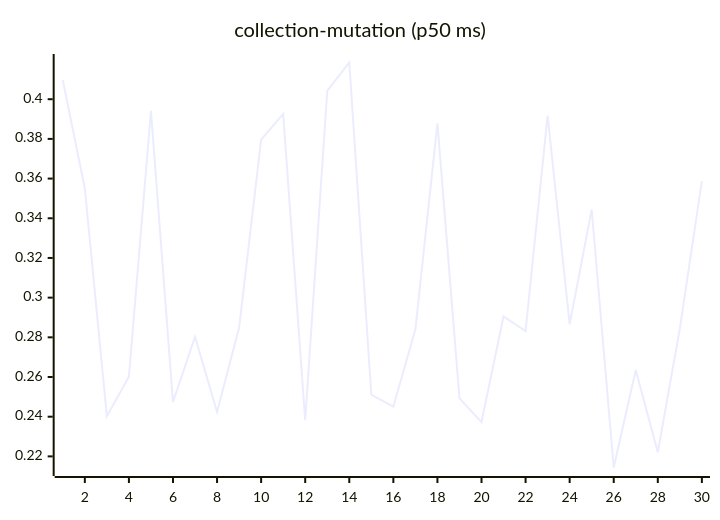
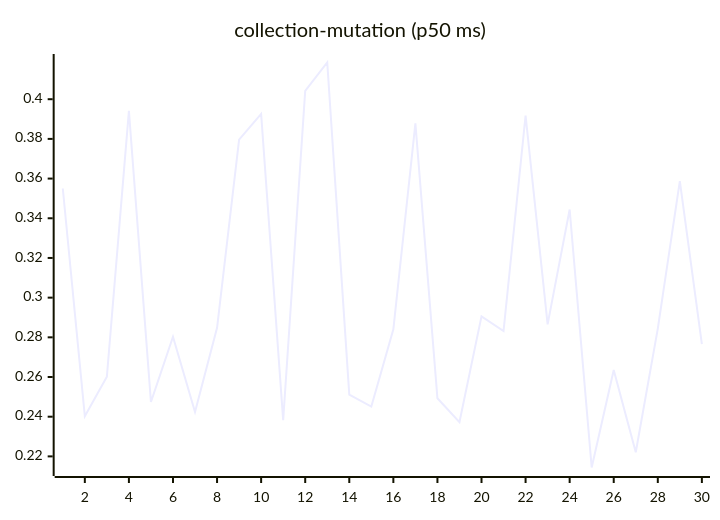
The sixth of 27 diagrams in README.md (josha/Facet), drawn with Mermaid before and after one commit. The commit also changed other lines of this file and 2 other files, not shown here.

````diff
--- a/README.md
+++ b/README.md
@@ -98,6 +98,6 @@
 ```mermaid
 xychart-beta
     title "collection-mutation (p50 ms)"
     x-axis 1 --> 30
-    line [0.4096, 0.3550, 0.2402, 0.2602, 0.3941, 0.2474, 0.2803, 0.2424, 0.2848, 0.3796, 0.3926, 0.2382, 0.4042, 0.4185, 0.2511, 0.2451, 0.2840, 0.3878, 0.2493, 0.2373, 0.2906, 0.2832, 0.3918, 0.2865, 0.3444, 0.2144, 0.2635, 0.2221, 0.2844, 0.3587]
+    line [0.3550, 0.2402, 0.2602, 0.3941, 0.2474, 0.2803, 0.2424, 0.2848, 0.3796, 0.3926, 0.2382, 0.4042, 0.4185, 0.2511, 0.2451, 0.2840, 0.3878, 0.2493, 0.2373, 0.2906, 0.2832, 0.3918, 0.2865, 0.3444, 0.2144, 0.2635, 0.2221, 0.2844, 0.3587, 0.2766]
 ```
````
